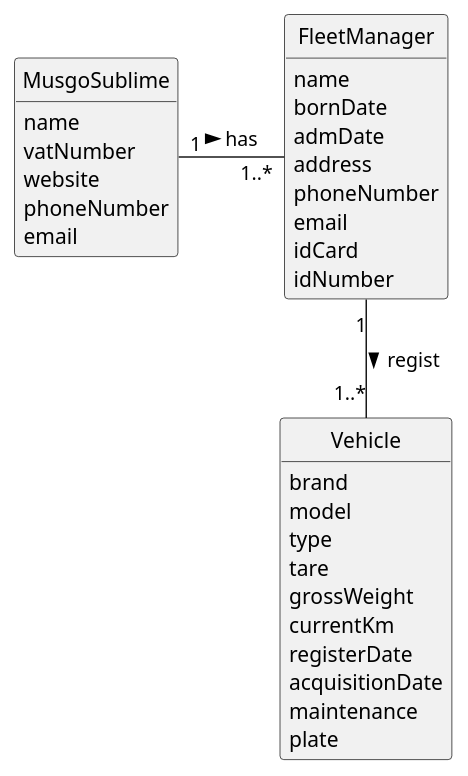
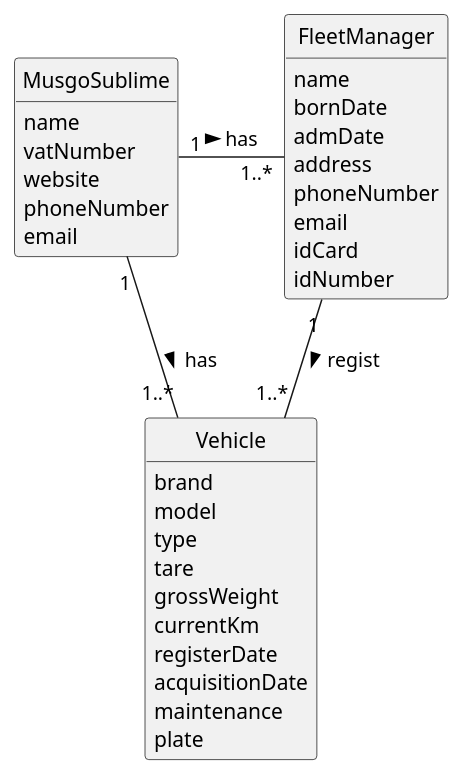
One commit to 1231360-ISEP/lei-24-s2-1db-g021 changed the diagram in docs/sprintA/us006/02.analysis/puml/us006-domain-model.puml. Above: the diagram before and after it, drawn with PlantUML. The commit also changed 1 other file, not shown here.

```diff
--- a/docs/sprintA/us006/02.analysis/puml/us006-domain-model.puml
+++ b/docs/sprintA/us006/02.analysis/puml/us006-domain-model.puml
@@ -1,45 +1,46 @@
 @startuml
 skinparam monochrome true
 skinparam packageStyle rectangle
 skinparam shadowing false
 
 skinparam classAttributeIconSize 0
 
 hide circle
 hide methods
 
 class MusgoSublime {
     name
     vatNumber
     website
     phoneNumber
     email
 }
 
 class FleetManager {
     name
     bornDate
     admDate
     address
     phoneNumber
     email
     idCard
     idNumber
 }
 
 class Vehicle {
     brand
     model
     type
     tare
     grossWeight
     currentKm
     registerDate
     acquisitionDate
     maintenance
     plate
 }
 
 MusgoSublime "1" - "1..*" FleetManager: has >
 FleetManager "1" -- "1..*" Vehicle : regist >
+MusgoSublime "1" - "1..*" Vehicle: has >
 @enduml
```
